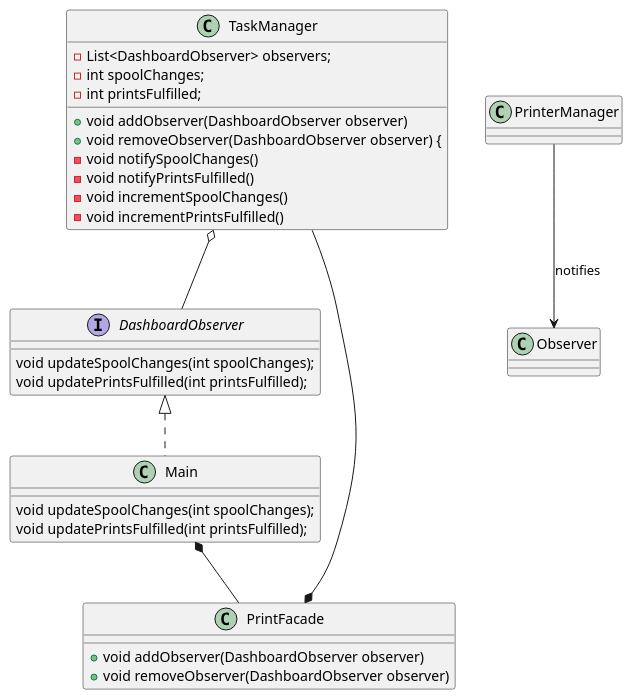
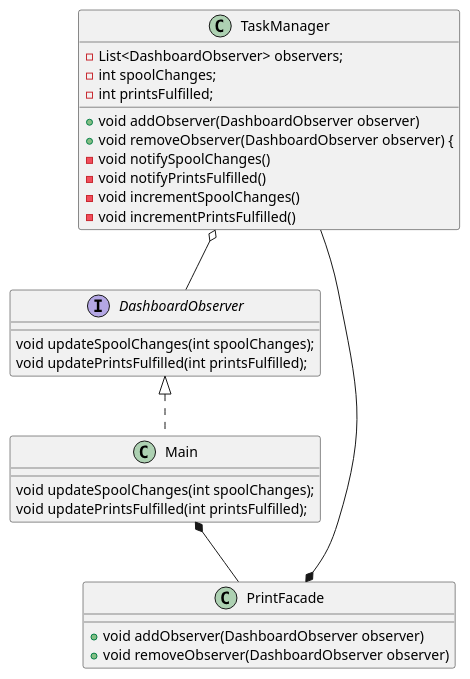
Before and after one commit to hann-xq/system-design: the diagram in src/main/diagrams/ObserverPattern.puml, drawn with PlantUML. The commit also changed 1 other file, not shown here.

```diff
--- a/src/main/diagrams/ObserverPattern.puml
+++ b/src/main/diagrams/ObserverPattern.puml
@@ -1,38 +1,37 @@
 @startuml
 'https://plantuml.com/class-diagram
 skinparam {
 }
 
 TaskManager o-- DashboardObserver
 Main *-- PrintFacade
 PrintFacade *-- TaskManager
 
 interface DashboardObserver {
     void updateSpoolChanges(int spoolChanges);
     void updatePrintsFulfilled(int printsFulfilled);
 }
 
 class TaskManager {
     - List<DashboardObserver> observers;
     - int spoolChanges;
     - int printsFulfilled;
     + void addObserver(DashboardObserver observer)
     + void removeObserver(DashboardObserver observer) {
     - void notifySpoolChanges()
     - void notifyPrintsFulfilled()
     - void incrementSpoolChanges()
     - void incrementPrintsFulfilled()
 }
 
 class PrintFacade {
     + void addObserver(DashboardObserver observer)
     + void removeObserver(DashboardObserver observer)
 }
 
 class Main implements DashboardObserver {
     void updateSpoolChanges(int spoolChanges);
     void updatePrintsFulfilled(int printsFulfilled);
 }
 
-PrinterManager --> Observer : notifies
 @enduml
```
